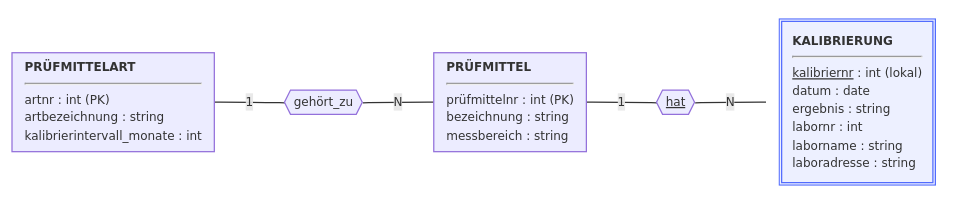
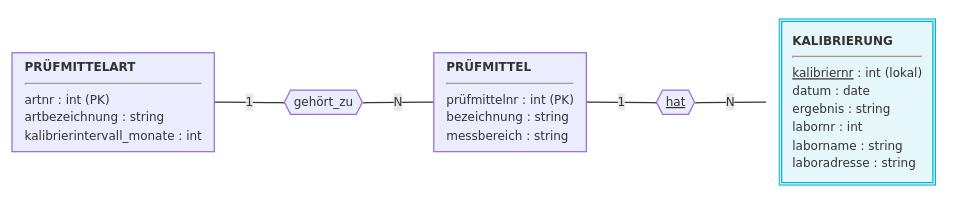
Before and after one commit to christoecker/Kurs_3019_Datenbanken: the diagram in docs/01-praxisphase/woche-09/woche-09.md, drawn with Mermaid. The commit also changed 5 other files, not shown here.

````diff
--- a/docs/01-praxisphase/woche-09/woche-09.md
+++ b/docs/01-praxisphase/woche-09/woche-09.md
@@ -106,14 +106,14 @@
     ```mermaid
     %%{init: {'flowchart': {'padding': 5}, 'themeVariables': {'fontSize': '0.6rem'}}}%%
     graph LR
     PRUEFMITTELART["<div style='text-align:left; font-size: 0.6rem;'><b>PRÜFMITTELART</b><hr/>artnr : int (PK)<br/>artbezeichnung : string<br/>kalibrierintervall_monate : int</div>"]
     PRUEFMITTEL["<div style='text-align:left; font-size: 0.6rem;'><b>PRÜFMITTEL</b><hr/>prüfmittelnr : int (PK)<br/>bezeichnung : string<br/>messbereich : string</div>"]
-    KALIBRIERUNG["<div style='text-align:left; font-size: 0.6rem; border: 3px double rgb(82, 108, 254); background: rgba(82, 108, 254, 0.1); padding: 8px;'><b>KALIBRIERUNG</b><hr/><u>kalibriernr</u> : int (lokal)<br/>datum : date<br/>ergebnis : string<br/>labornr : int<br/>laborname : string<br/>laboradresse : string</div>"]
+    KALIBRIERUNG["<div style='text-align:left; font-size: 0.6rem; border: 3px double rgb(0, 180, 216); background: rgba(0, 180, 216, 0.1); padding: 8px;'><b>KALIBRIERUNG</b><hr/><u>kalibriernr</u> : int (lokal)<br/>datum : date<br/>ergebnis : string<br/>labornr : int<br/>laborname : string<br/>laboradresse : string</div>"]
     style KALIBRIERUNG fill:transparent,stroke:none
     gehoertzu{{gehört_zu}}
     hat{{"<u>hat</u>"}}
     PRUEFMITTELART -- "1" --- gehoertzu
     gehoertzu -- "N" --- PRUEFMITTEL
     PRUEFMITTEL -- "1" --- hat
     hat -- "N" --- KALIBRIERUNG
     ```
````
